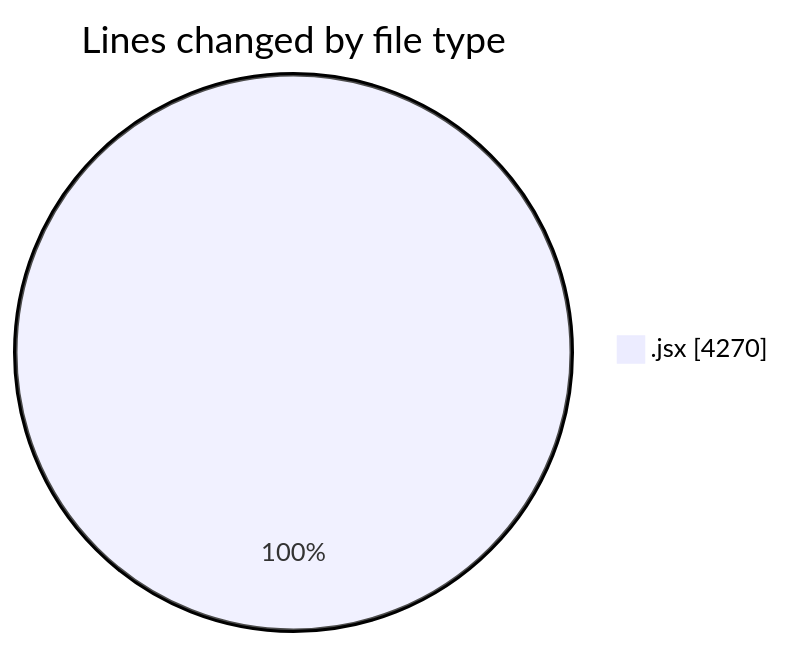
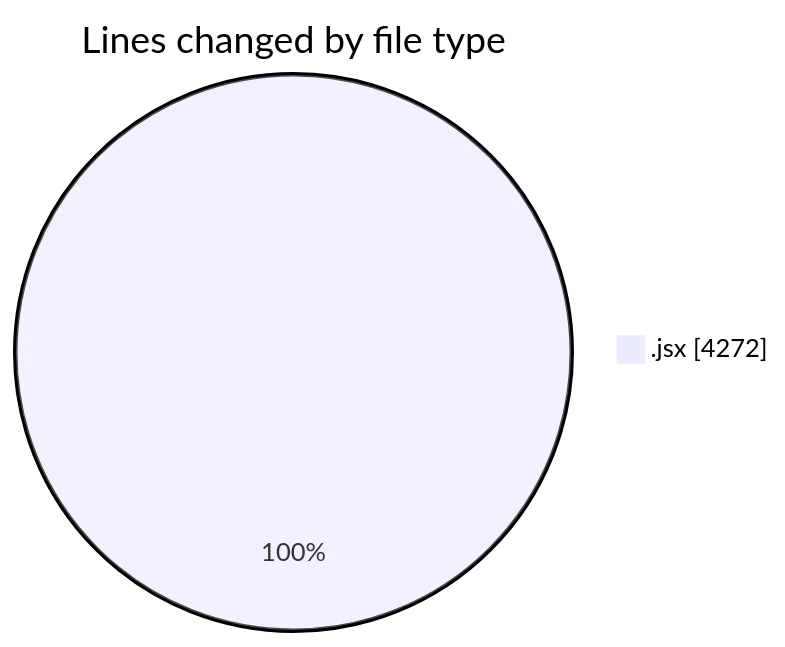
The first of 2 diagrams in 2026-01-06/nxtqube_webapp/README.md (nxtqubesakshisongat/code-tracking), drawn with Mermaid before and after one commit. The commit also changed other lines of this file and 1 other file, not shown here.

````diff
--- a/2026-01-06/nxtqube_webapp/README.md
+++ b/2026-01-06/nxtqube_webapp/README.md
@@ -21,5 +21,5 @@
 ```mermaid
 pie showData
 title Lines changed by file type
-".jsx" : 4270
+".jsx" : 4272
 ```
````
